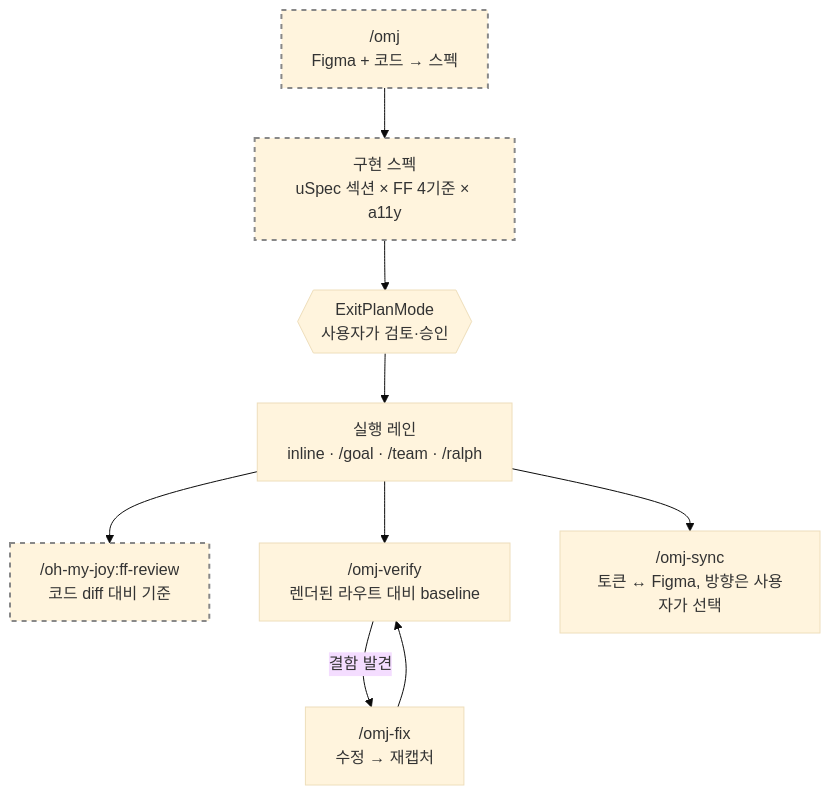
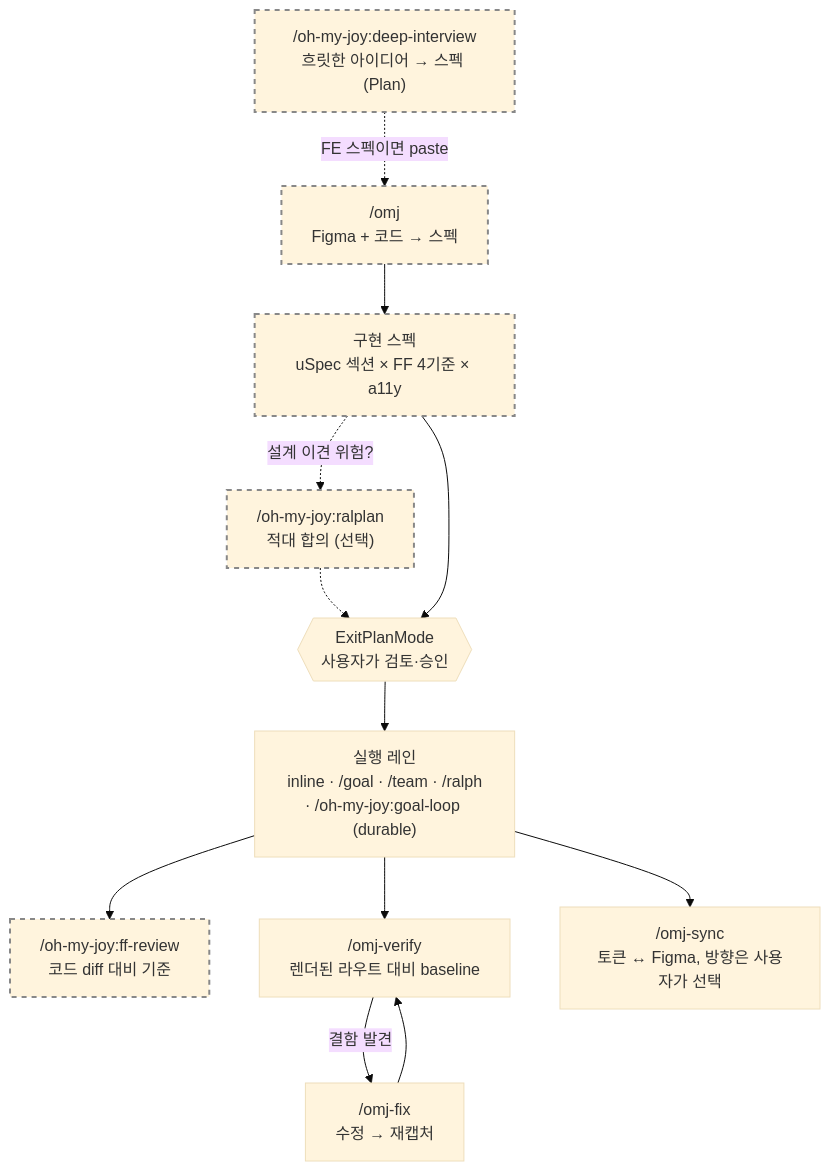
The diagram in README.ko.md (S-jooyoung/oh-my-joy), drawn with Mermaid (base theme) before and after one commit. The commit also changed other lines of this file and 9 other files, not shown here.

````diff
--- a/README.ko.md
+++ b/README.ko.md
@@ -28,13 +28,16 @@
 ```mermaid
 flowchart TD
+    DI["/oh-my-joy:deep-interview<br/>흐릿한 아이디어 → 스펙 (Plan)"]:::readonly -.->|"FE 스펙이면 paste"| A
     A["/omj<br/>Figma + 코드 → 스펙"]:::readonly --> B["구현 스펙<br/>uSpec 섹션 × FF 4기준 × a11y"]:::readonly
+    B -.->|"설계 이견 위험?"| R["/oh-my-joy:ralplan<br/>적대 합의 (선택)"]:::readonly
+    R -.-> C
     B --> C{{"ExitPlanMode<br/>사용자가 검토·승인"}}
-    C --> D["실행 레인<br/>inline · /goal · /team · /ralph"]
+    C --> D["실행 레인<br/>inline · /goal · /team · /ralph<br/>· /oh-my-joy:goal-loop (durable)"]
     D --> E["/oh-my-joy:ff-review<br/>코드 diff 대비 기준"]:::readonly
     D --> F["/omj-verify<br/>렌더된 라우트 대비 baseline"]
     F -->|결함 발견| G["/omj-fix<br/>수정 → 재캡처"]
     G --> F
     D --> H["/omj-sync<br/>토큰 ↔ Figma, 방향은 사용자가 선택"]
 
     classDef readonly stroke:#888,stroke-width:2px,stroke-dasharray: 5 5;
 ```
````
